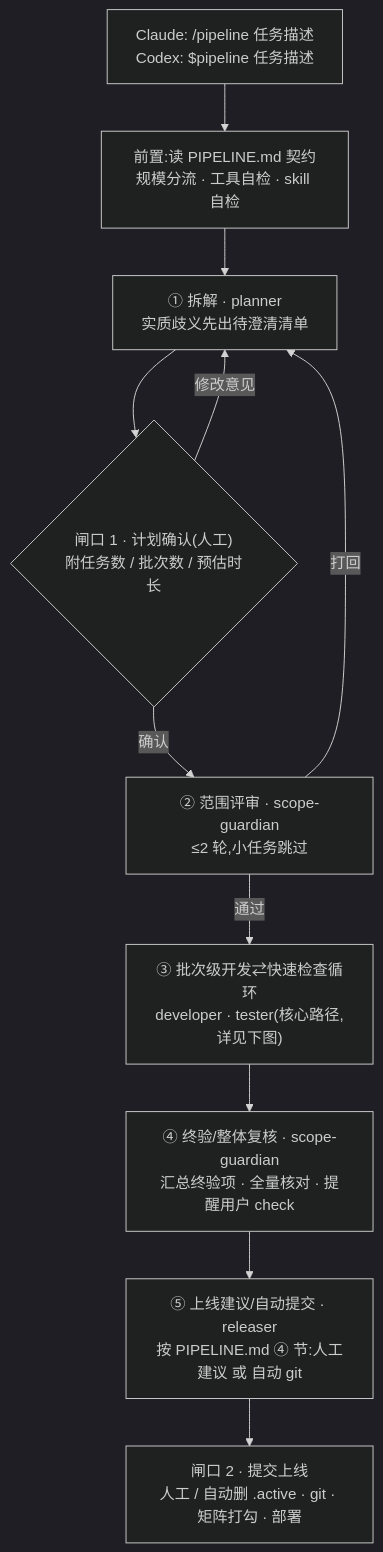
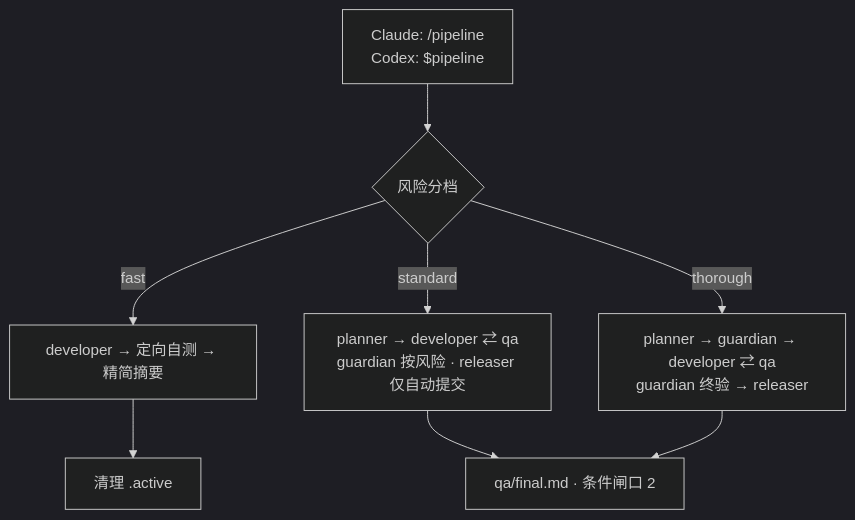
Before and after one commit to wzm111/pipeline-standard: the first of 2 diagrams in README.md, drawn with Mermaid (dark theme). The commit also changed other lines of this file and 8 other files, not shown here.

````diff
--- a/README.md
+++ b/README.md
@@ -36,13 +36,10 @@
 ```mermaid
 flowchart TD
-    S["Claude: /pipeline 任务描述<br>Codex: $pipeline 任务描述"] --> P["前置:读 PIPELINE.md 契约<br>规模分流 · 工具自检 · skill 自检"]
-    P --> B["① 拆解 · planner<br>实质歧义先出待澄清清单"]
-    B --> G1{"闸口 1 · 计划确认(人工)<br>附任务数 / 批次数 / 预估时长"}
-    G1 -- "修改意见" --> B
-    G1 -- "确认" --> A1["② 范围评审 · scope-guardian<br>≤2 轮,小任务跳过"]
-    A1 -- "打回" --> B
-    A1 -- "通过" --> L["③ 批次级开发⇄快速检查循环<br>developer · tester(核心路径,详见下图)"]
-    L --> A2["④ 终验/整体复核 · scope-guardian<br>汇总终验项 · 全量核对 · 提醒用户 check"]
-    A2 --> E["⑤ 上线建议/自动提交 · releaser<br>按 PIPELINE.md ④ 节:人工建议 或 自动 git"]
-    E --> G2["闸口 2 · 提交上线<br>人工 / 自动删 .active · git · 矩阵打勾 · 部署"]
+    S["Claude: /pipeline<br>Codex: $pipeline"] --> P{"风险分档"}
+    P -- fast --> F["developer → 定向自测 → 精简摘要"]
+    P -- standard --> ST["planner → developer ⇄ qa<br>guardian 按风险 · releaser 仅自动提交"]
+    P -- thorough --> TH["planner → guardian → developer ⇄ qa<br>guardian 终验 → releaser"]
+    F --> END["清理 .active"]
+    ST --> G2["qa/final.md · 条件闸口 2"]
+    TH --> G2
 ```
````
